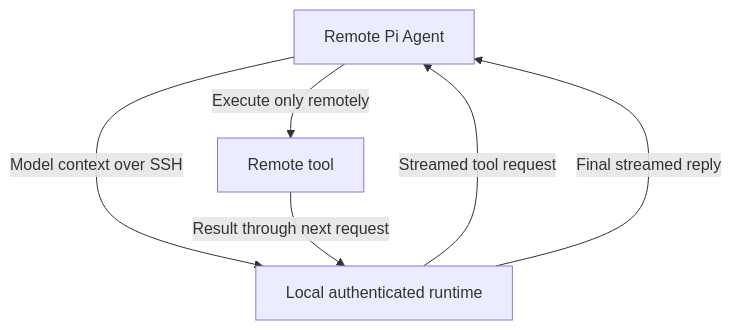
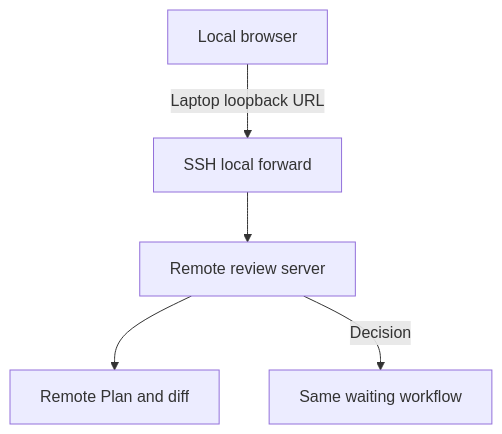
One commit to gandazgul/runwield changed the third of 3 diagrams in docs/plans/remote-ssh-development.md. Above: the diagram before and after it, drawn with Mermaid. The commit also changed other lines of this file and 12 other files, not shown here.

First line of the commit message:
Add remote SSH authority plan

````diff
--- a/docs/plans/remote-ssh-development.md
+++ b/docs/plans/remote-ssh-development.md
@@ -538,8 +267,7 @@
 ```mermaid
 graph TD
-    A[Remote Pi Agent] -->|Model context over SSH| B[Local authenticated runtime]
-    B -->|Streamed tool request| A
-    A -->|Execute only remotely| T[Remote tool]
-    T -->|Result through next request| B
-    B -->|Final streamed reply| A
+    B[Local browser] -->|Laptop loopback URL| F[SSH local forward]
+    F --> R[Remote review server]
+    R --> P[Remote Plan and diff]
+    R -->|Decision| W[Same waiting workflow]
 ```
````
